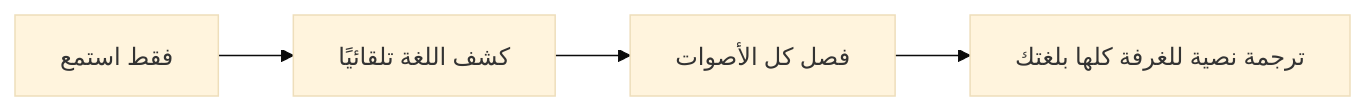
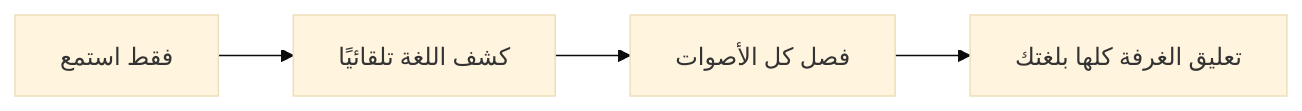
The first of 4 diagrams in README_ar.md (rpalm01-star/VigilantEarLegal), drawn with Mermaid (base theme) before and after one commit. The commit also changed other lines of this file and 11 other files, not shown here.

````diff
--- a/README_ar.md
+++ b/README_ar.md
@@ -52,4 +58,4 @@
 ```mermaid
 graph LR
-    A["فقط استمع"] --> B["كشف اللغة تلقائيًا"] --> C["فصل كل الأصوات"] --> D["ترجمة نصية للغرفة كلها بلغتك"]
+    A["فقط استمع"] --> B["كشف اللغة تلقائيًا"] --> C["فصل كل الأصوات"] --> D["تعليق الغرفة كلها بلغتك"]
 ```
````
